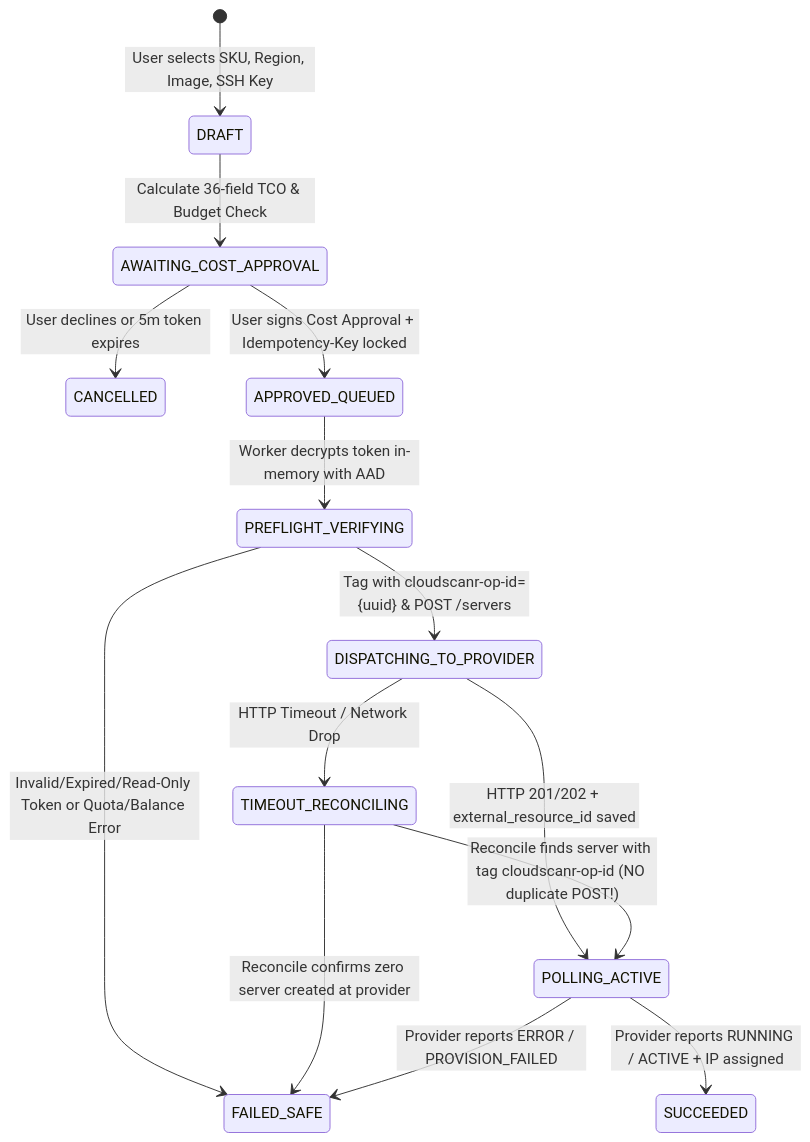
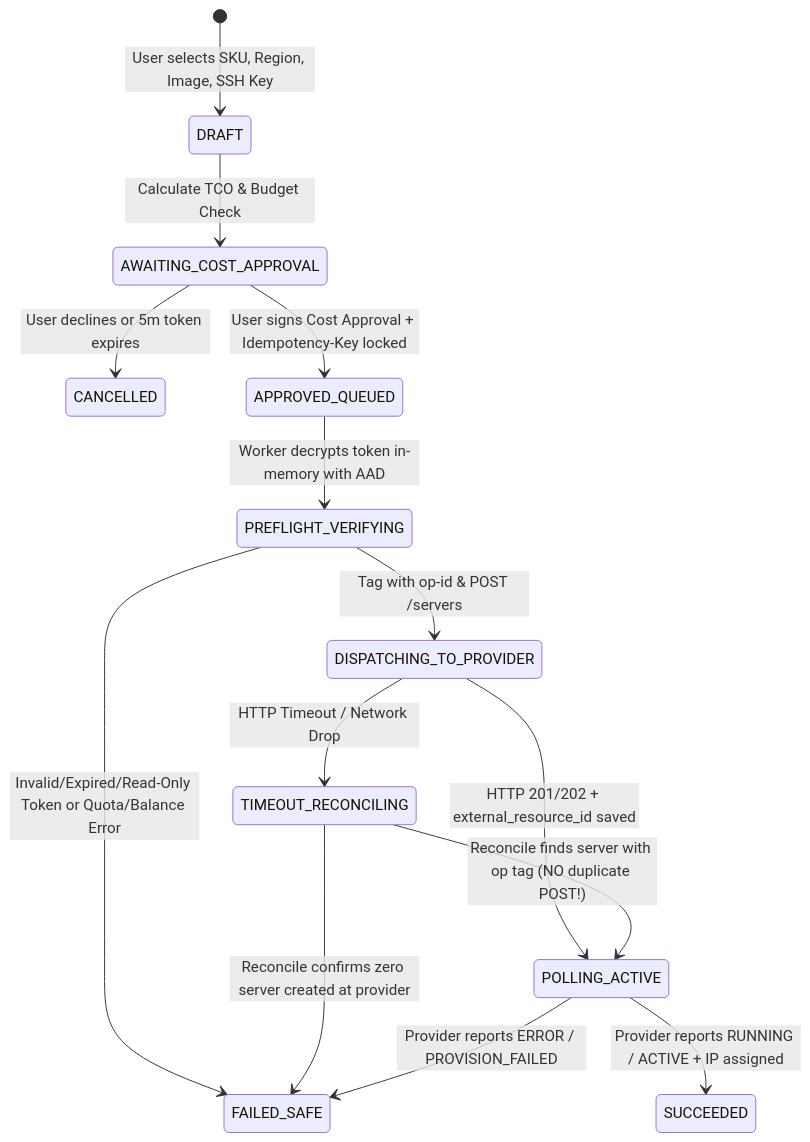
The third of 3 diagrams in 02_SYSTEM_ARCHITECTURE/SYSTEM_DIAGRAMS.md (dnjstjq0824-byte/cloudscanner), drawn with Mermaid before and after one commit. The commit also changed other lines of this file and 96 other files, not shown here.

````diff
--- a/02_SYSTEM_ARCHITECTURE/SYSTEM_DIAGRAMS.md
+++ b/02_SYSTEM_ARCHITECTURE/SYSTEM_DIAGRAMS.md
@@ -67,16 +85,16 @@
 ```mermaid
 stateDiagram-v2
     [*] --> DRAFT: User selects SKU, Region, Image, SSH Key
-    DRAFT --> AWAITING_COST_APPROVAL: Calculate 36-field TCO & Budget Check
+    DRAFT --> AWAITING_COST_APPROVAL: Calculate TCO & Budget Check
     AWAITING_COST_APPROVAL --> CANCELLED: User declines or 5m token expires
     AWAITING_COST_APPROVAL --> APPROVED_QUEUED: User signs Cost Approval + Idempotency-Key locked
     APPROVED_QUEUED --> PREFLIGHT_VERIFYING: Worker decrypts token in-memory with AAD
     PREFLIGHT_VERIFYING --> FAILED_SAFE: Invalid/Expired/Read-Only Token or Quota/Balance Error
-    PREFLIGHT_VERIFYING --> DISPATCHING_TO_PROVIDER: Tag with cloudscanr-op-id={uuid} & POST /servers
+    PREFLIGHT_VERIFYING --> DISPATCHING_TO_PROVIDER: Tag with op-id & POST /servers
     DISPATCHING_TO_PROVIDER --> POLLING_ACTIVE: HTTP 201/202 + external_resource_id saved
     DISPATCHING_TO_PROVIDER --> TIMEOUT_RECONCILING: HTTP Timeout / Network Drop
-    TIMEOUT_RECONCILING --> POLLING_ACTIVE: Reconcile finds server with tag cloudscanr-op-id (NO duplicate POST!)
+    TIMEOUT_RECONCILING --> POLLING_ACTIVE: Reconcile finds server with op tag (NO duplicate POST!)
     TIMEOUT_RECONCILING --> FAILED_SAFE: Reconcile confirms zero server created at provider
     POLLING_ACTIVE --> SUCCEEDED: Provider reports RUNNING / ACTIVE + IP assigned
     POLLING_ACTIVE --> FAILED_SAFE: Provider reports ERROR / PROVISION_FAILED
 ```
````
